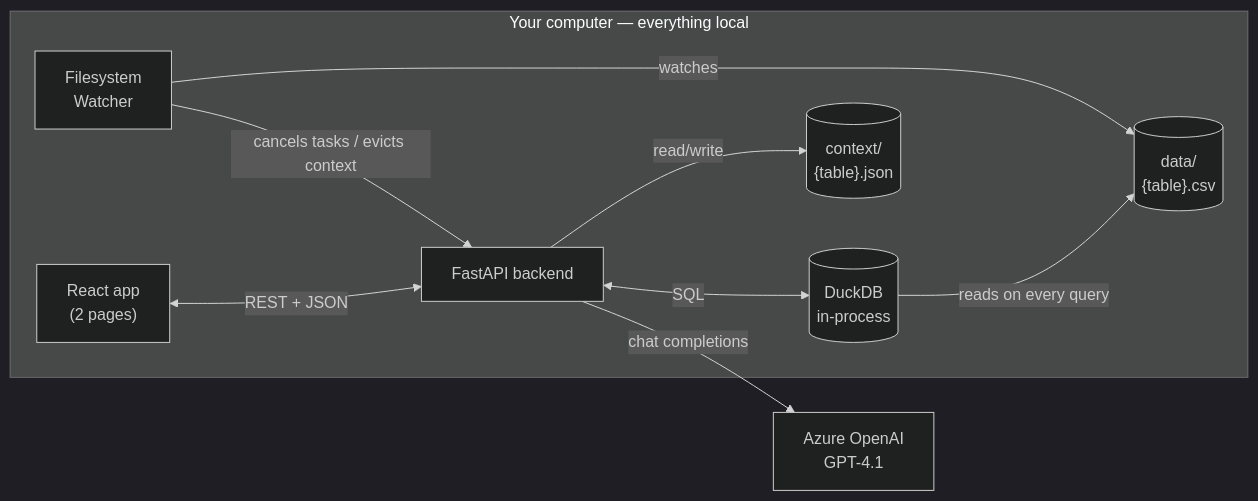
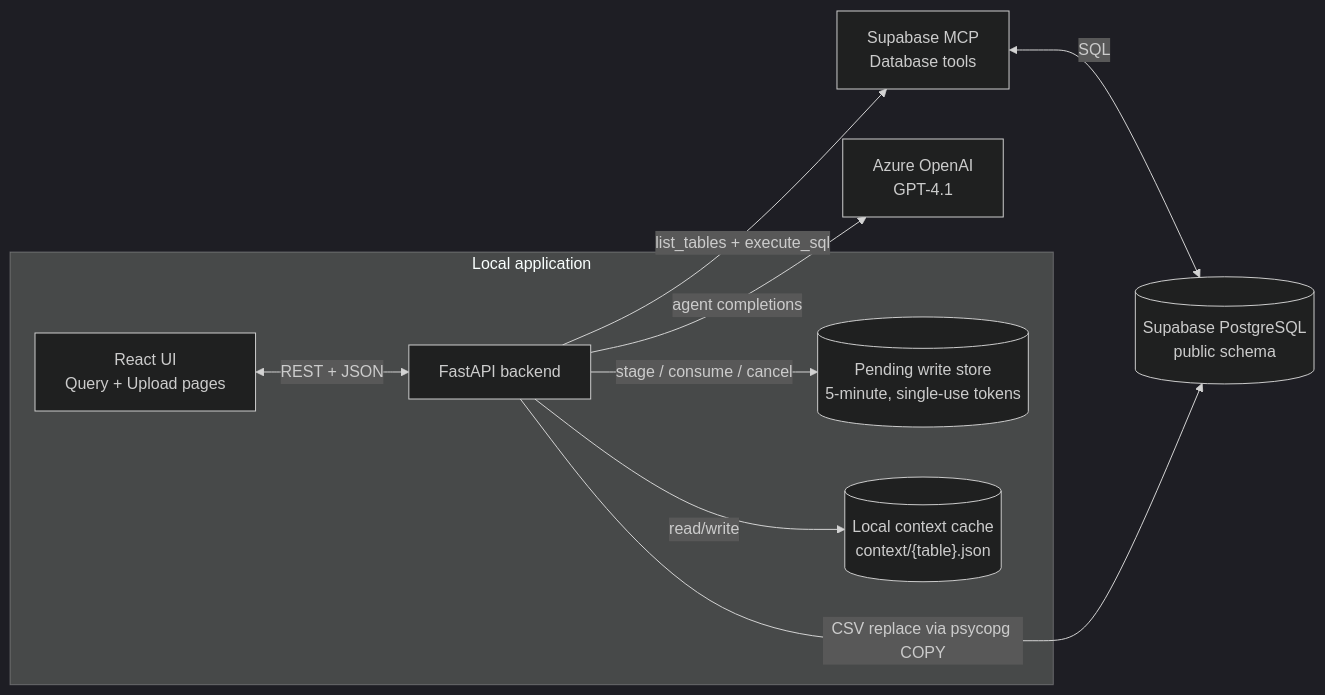
The first of 5 diagrams in README.md (devangsharma-igna/csv-agent), drawn with Mermaid (dark theme) before and after one commit. The commit also changed other lines of this file, not shown here.

Commit message:
diagram synched to application

````diff
--- a/README.md
+++ b/README.md
@@ -36,21 +36,22 @@
 ```mermaid
 flowchart LR
-    subgraph "Your computer — everything local"
-        FE["React app\n(2 pages)"]
+    subgraph Local["Local application"]
+        FE["React UI\nQuery + Upload pages"]
         BE["FastAPI backend"]
-        DDB[("DuckDB\nin-process")]
-        CSVs[("data/\n{table}.csv")]
-        Ctx[("context/\n{table}.json")]
-        W["Filesystem\nWatcher"]
+        PW[("Pending write store\n5-minute, single-use tokens")]
+        Ctx[("Local context cache\ncontext/{table}.json")]
 
         FE <-->|REST + JSON| BE
-        BE <-->|SQL| DDB
-        DDB -->|reads on every query| CSVs
         BE -->|read/write| Ctx
-        W -->|watches| CSVs
-        W -->|cancels tasks / evicts context| BE
+        BE -->|stage / consume / cancel| PW
     end
 
     LLM["Azure OpenAI\nGPT-4.1"]
-    BE -->|chat completions| LLM
+    MCP["Supabase MCP\nDatabase tools"]
+    PG[("Supabase PostgreSQL\npublic schema")]
+
+    BE -->|agent completions| LLM
+    BE -->|list_tables + execute_sql| MCP
+    MCP <-->|SQL| PG
+    BE -->|CSV replace via psycopg COPY| PG
 ```
````
